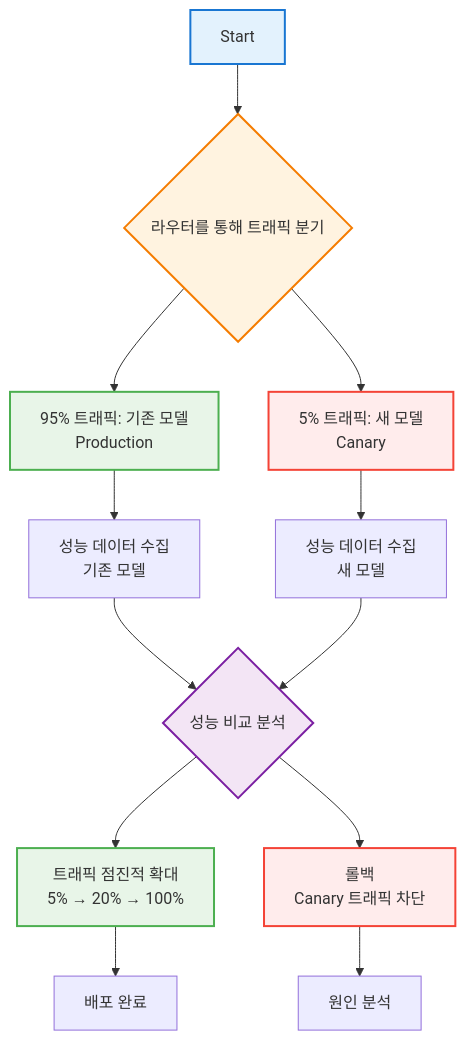
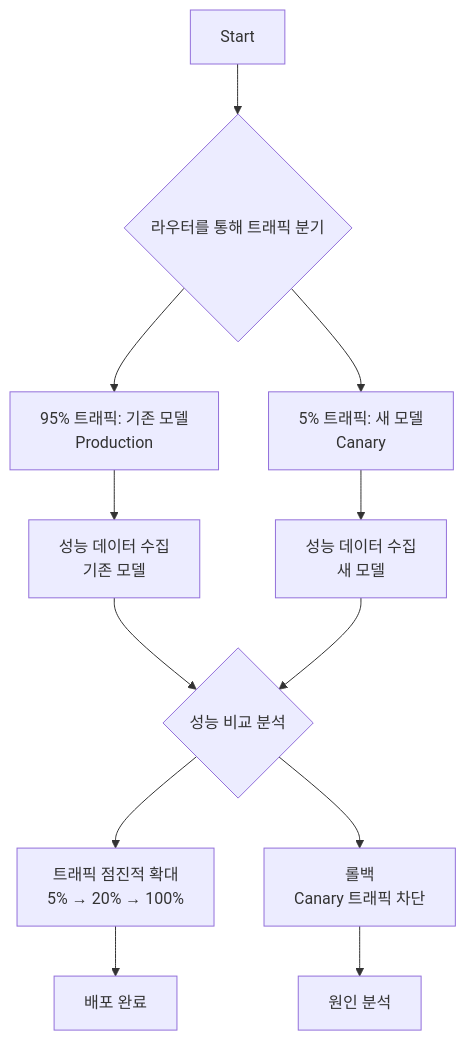
The diagram in docs/4-대규모-언어-모델-llm/4-8-평가-프레임워크-and-모니터링/continuous-evaluation-and-canary.md (harimkang/ai-engineer-guide), drawn with Mermaid before and after one commit. The commit also changed 45 other files, not shown here.

````diff
--- a/docs/4-대규모-언어-모델-llm/4-8-평가-프레임워크-and-모니터링/continuous-evaluation-and-canary.md
+++ b/docs/4-대규모-언어-모델-llm/4-8-평가-프레임워크-and-모니터링/continuous-evaluation-and-canary.md
@@ -36,22 +36,14 @@
 ```mermaid
 graph TD
     A[Start] --> B{라우터를 통해 트래픽 분기}
     B --> C[95% 트래픽: 기존 모델<br/>Production]
     B --> D[5% 트래픽: 새 모델<br/>Canary]
     C --> E[성능 데이터 수집<br/>기존 모델]
     D --> F[성능 데이터 수집<br/>새 모델]
     E --> G{성능 비교 분석}
     F --> G
     G --> H[트래픽 점진적 확대<br/>5% → 20% → 100%]
     G --> I[롤백<br/>Canary 트래픽 차단]
     H --> J[배포 완료]
     I --> K[원인 분석]
-
-    style A fill:#e3f2fd,stroke:#1976d2,stroke-width:2px
-    style B fill:#fff3e0,stroke:#f57c00,stroke-width:2px
-    style C fill:#e8f5e8,stroke:#4caf50,stroke-width:2px
-    style D fill:#ffecec,stroke:#f44336,stroke-width:2px
-    style G fill:#f3e5f5,stroke:#7b1fa2,stroke-width:2px
-    style H fill:#e8f5e8,stroke:#4caf50,stroke-width:2px
-    style I fill:#ffecec,stroke:#f44336,stroke-width:2px
 ```
````
